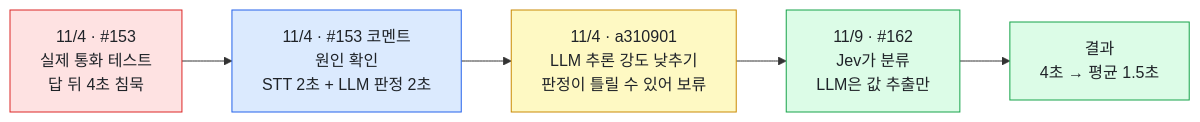
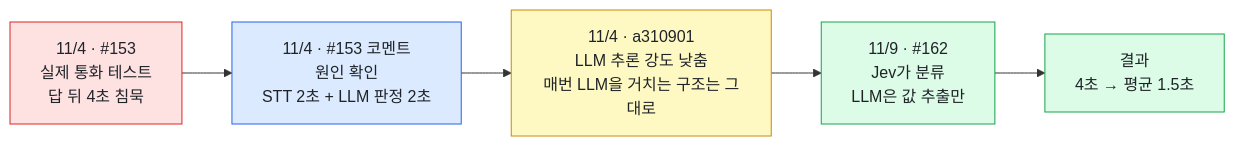
Before and after one commit to kakaotechcampus-4/ktc4-kyungpook-6: the first of 3 diagrams in docs/트러블슈팅/01.md, drawn with Mermaid. The commit also changed other lines of this file and 8 other files, not shown here.

````diff
--- a/docs/트러블슈팅/01.md
+++ b/docs/트러블슈팅/01.md
@@ -14,13 +14,13 @@
 ```mermaid
 flowchart LR
     A["11/4 · #153<br/>실제 통화 테스트<br/>답 뒤 4초 침묵"]:::cause
     B["11/4 · #153 코멘트<br/>원인 확인<br/>STT 2초 + LLM 판정 2초"]:::found
-    C["11/4 · a310901<br/>LLM 추론 강도 낮추기<br/>판정이 틀릴 수 있어 보류"]:::miss
+    C["11/4 · a310901<br/>LLM 추론 강도 낮춤<br/>매번 LLM을 거치는 구조는 그대로"]:::miss
     D["11/9 · #162<br/>Jev가 분류<br/>LLM은 값 추출만"]:::fix
     E["결과<br/>4초 → 평균 1.5초"]:::fix
     A --> B --> C --> D --> E
     classDef cause fill:#FEE2E2,stroke:#DC2626,color:#1F2328
     classDef miss fill:#FEF9C3,stroke:#CA8A04,color:#1F2328
     classDef found fill:#DBEAFE,stroke:#2563EB,color:#1F2328
     classDef fix fill:#DCFCE7,stroke:#16A34A,color:#1F2328
 ```
````
